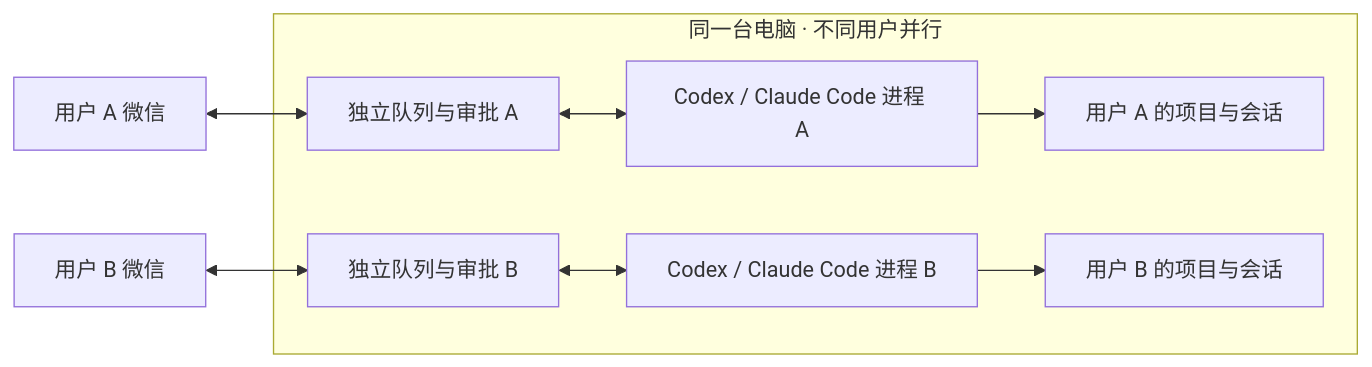
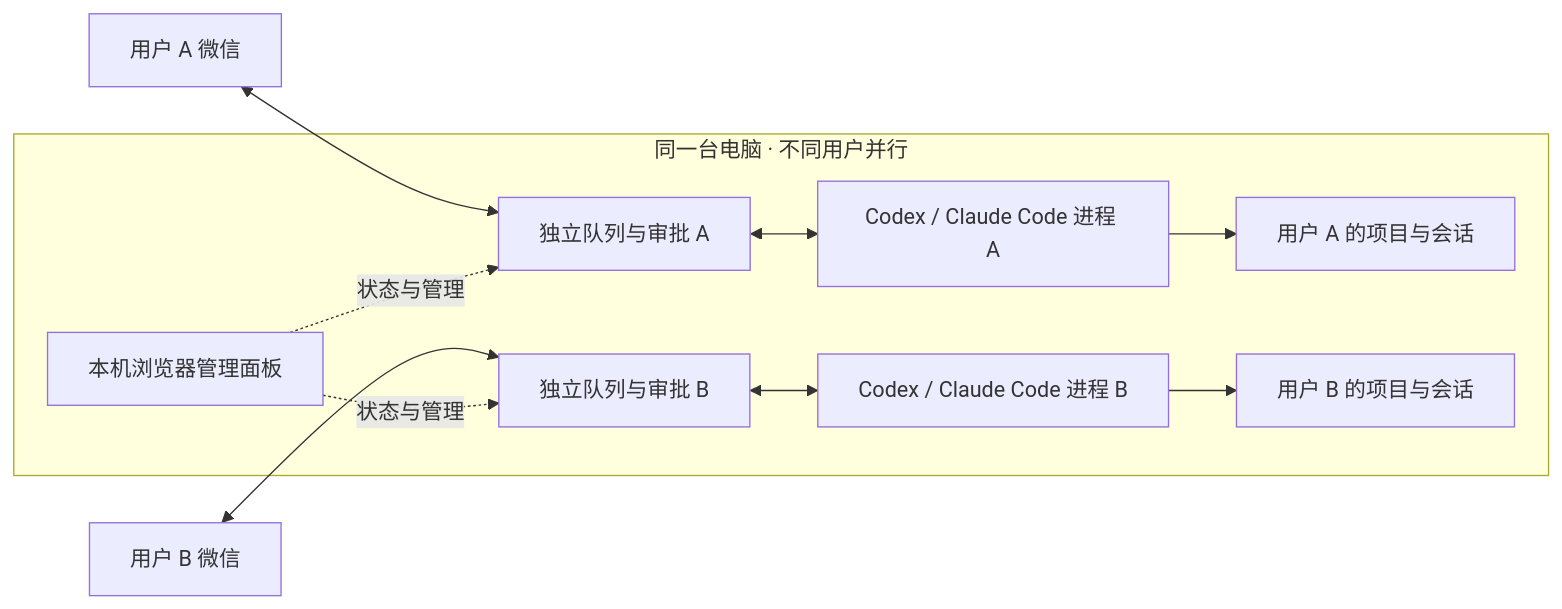
One commit to zhouqise/wechat-agent-bridge changed the diagram in README.md. Above: the diagram before and after it, drawn with Mermaid. The commit also changed other lines of this file, not shown here.

````diff
--- a/README.md
+++ b/README.md
@@ -227,11 +264,13 @@
 ```mermaid
 flowchart LR
     W1[用户 A 微信] <--> B1[独立队列与审批 A]
     W2[用户 B 微信] <--> B2[独立队列与审批 B]
     subgraph H[同一台电脑 · 不同用户并行]
+      D[本机浏览器管理面板] -. 状态与管理 .-> B1
+      D -. 状态与管理 .-> B2
       B1 <--> E1[Codex / Claude Code 进程 A]
       B2 <--> E2[Codex / Claude Code 进程 B]
       E1 --> P1[用户 A 的项目与会话]
       E2 --> P2[用户 B 的项目与会话]
     end
 ```
````
